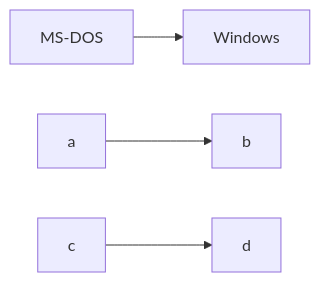
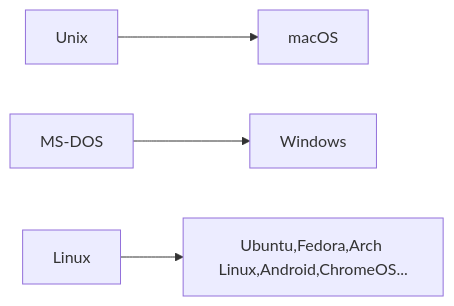
The diagram in docs/lets-try-anyway/env.md (oktntko/playground-todo), drawn with Mermaid before and after one commit. The commit also changed other lines of this file and 2 other files, not shown here.

````diff
--- a/docs/lets-try-anyway/env.md
+++ b/docs/lets-try-anyway/env.md
@@ -81,7 +87,8 @@
 ```mermaid
 flowchart LR
-    MS-DOS --> Windows
+  Unix --> macOS
 
-    a --> b
-    c --> d
+  MS-DOS --> Windows
+
+  Linux --> id1[Ubuntu,Fedora,Arch Linux,Android,ChromeOS...]
 ```
````
